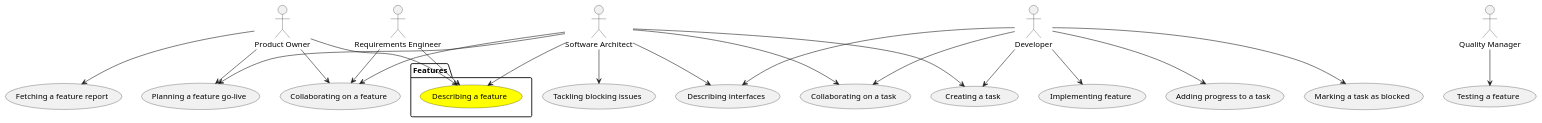
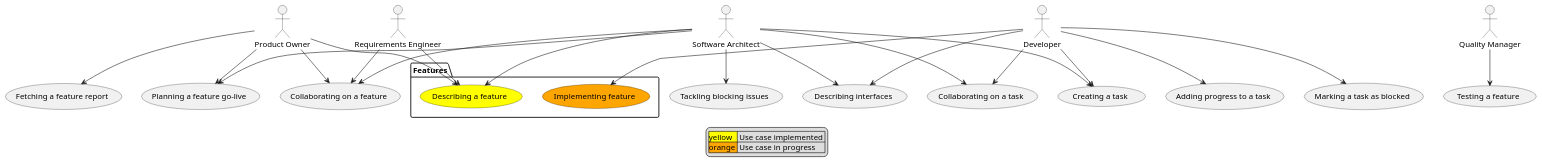
Before and after one commit to huberchrigu/give-me-features: the diagram in docs/use-cases.plantuml, drawn with PlantUML. The commit also changed 20 other files, not shown here.

```diff
--- a/docs/use-cases.plantuml
+++ b/docs/use-cases.plantuml
@@ -1,53 +1,59 @@
 @startuml
 :Developer:
 :Product Owner: as PO
 :Requirements Engineer: as RE
 :Software Architect: as Architect
 :Quality Manager: as QM
 
 package Features {
 (Describing a feature) as NewFeature #yellow
+(Implementing feature) as FeatureImplementation #orange
 }
-(Implementing feature) as FeatureImplementation
 (Creating a task) as NewTask
 (Adding progress to a task) as Progress
 (Marking a task as blocked) as Blocked
 (Fetching a feature report) as Report
 (Tackling blocking issues) as Tackling
 (Planning a feature go-live) as GoLive
 (Describing interfaces) as Interfaces
 (Collaborating on a feature) as CollabFeature
 (Collaborating on a task) as CollabTask
 (Testing a feature) as Testing
 
 RE --> NewFeature
 Architect --> NewFeature
 PO --> NewFeature
 
 Developer --> FeatureImplementation
 Developer --> NewTask
 Architect --> NewTask
 
 Developer --> Progress
 
 Developer --> Blocked
 
 PO --> Report
 
 Architect --> Tackling
 
 Architect --> GoLive
 PO --> GoLive
 
 Architect --> Interfaces
 Developer --> Interfaces
 
 RE --> CollabFeature
 Architect --> CollabFeature
 PO --> CollabFeature
 
 Architect --> CollabTask
 Developer --> CollabTask
 
 QM --> Testing
+
+legend
+  | <#yellow>yellow  | Use case implemented |
+  | <#orange>orange | Use case in progress |
+end legend
+
 @enduml
```
